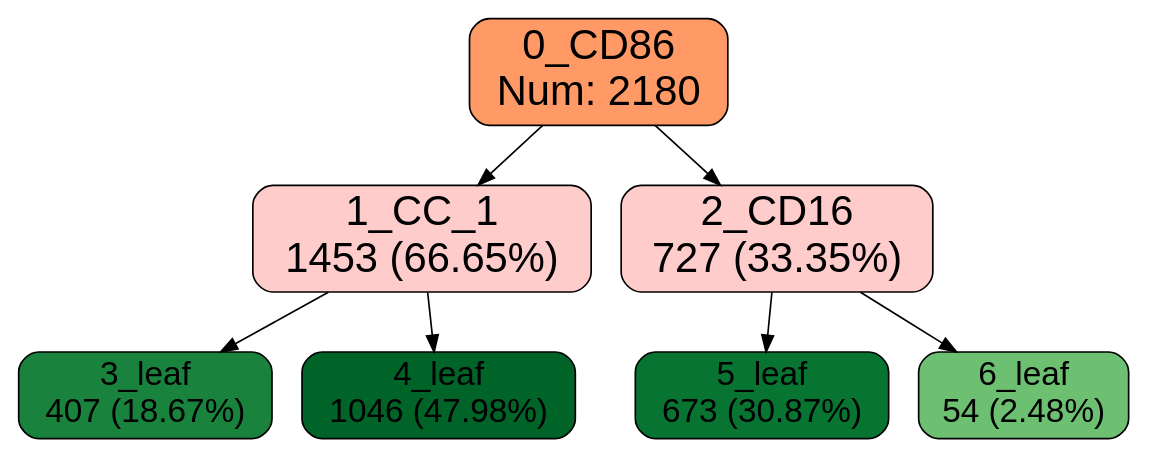
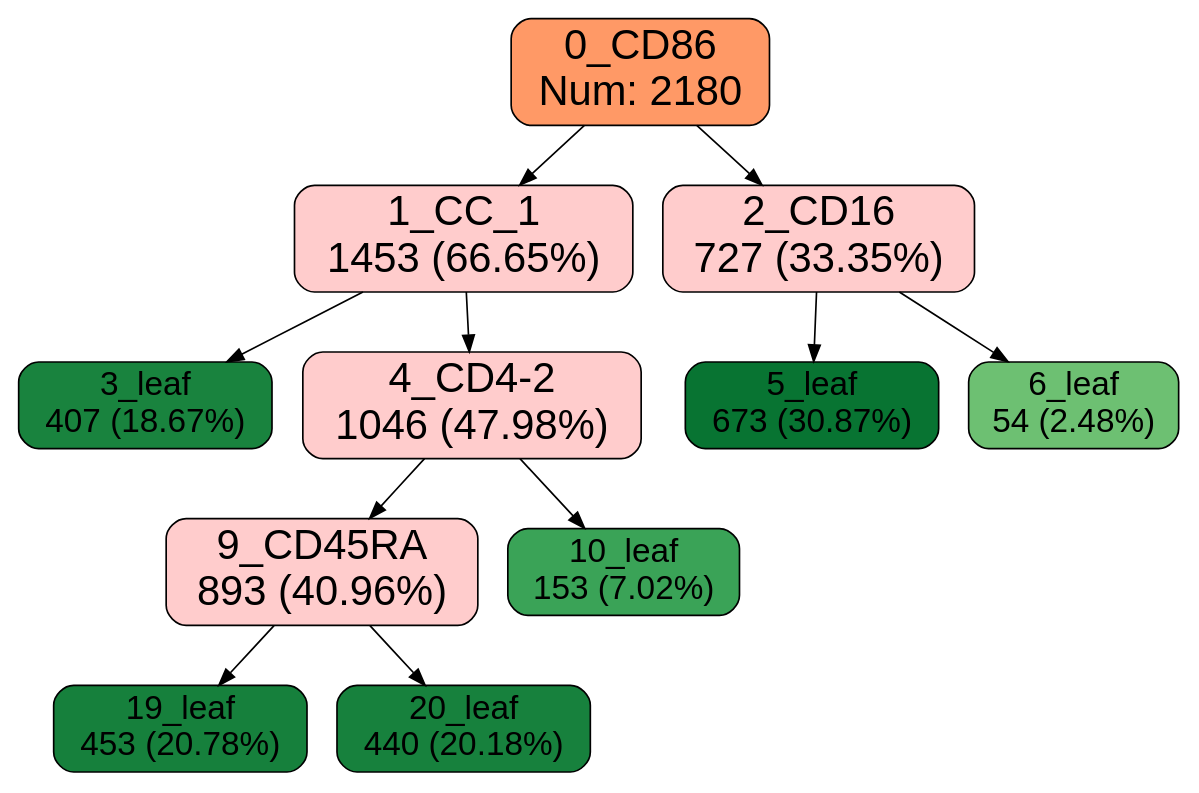
The diagram in outputs/example/2/2/tree.dot (xinzhu-email/CITE-pool), drawn with Graphviz before and after one commit. The commit also changed 23 other files, not shown here.

```diff
--- a/outputs/example/2/2/tree.dot
+++ b/outputs/example/2/2/tree.dot
@@ -1,1 +1,1 @@
-digraph Tree {node [shape=box, style="filled, rounded", color="black", fontname=helvetica] ;edge [fontname=helvetica] ;0 [label="0_CD86\nNum: 2180",fillcolor="#ff9966ff",fontsize=25];1 [label="1_CC_1\n1453 (66.65%)\n",fillcolor="#ffccccff",fontsize=25];0 -> 1 [labeldistance=3, label = "",fontsize=25, color=black, style=solid];2 [label="2_CD16\n727 (33.35%)\n",fillcolor="#ffccccff",fontsize=25];0 -> 2 [labeldistance=3, label = "",fontsize=25, color=black, style=solid];3 [label="3_leaf\n407 (18.67%)\n",fillcolor="#19833e",fontsize=20];1 -> 3 [labeldistance=3, label = "",fontsize=25, color=black, style=solid];4 [label="4_leaf\n1046 (47.98%)\n",fillcolor="#006328",fontsize=20];1 -> 4 [labeldistance=3, label = "",fontsize=25, color=black, style=solid];5 [label="5_leaf\n673 (30.87%)\n",fillcolor="#087432",fontsize=20];2 -> 5 [labeldistance=3, label = "",fontsize=25, color=black, style=solid];6 [label="6_leaf\n54 (2.48%)\n",fillcolor="#6dc072",fontsize=20];2 -> 6 [labeldistance=3, label = "",fontsize=25, color=black, style=solid];}
+digraph Tree {node [shape=box, style="filled, rounded", color="black", fontname=helvetica] ;edge [fontname=helvetica] ;0 [label="0_CD86\nNum: 2180",fillcolor="#ff9966ff",fontsize=25];1 [label="1_CC_1\n1453 (66.65%)\n",fillcolor="#ffccccff",fontsize=25];0 -> 1 [labeldistance=3, label = "",fontsize=25, color=black, style=solid];2 [label="2_CD16\n727 (33.35%)\n",fillcolor="#ffccccff",fontsize=25];0 -> 2 [labeldistance=3, label = "",fontsize=25, color=black, style=solid];3 [label="3_leaf\n407 (18.67%)\n",fillcolor="#19833e",fontsize=20];1 -> 3 [labeldistance=3, label = "",fontsize=25, color=black, style=solid];4 [label="4_CD4-2\n1046 (47.98%)\n",fillcolor="#ffccccff",fontsize=25];1 -> 4 [labeldistance=3, label = "",fontsize=25, color=black, style=solid];5 [label="5_leaf\n673 (30.87%)\n",fillcolor="#087432",fontsize=20];2 -> 5 [labeldistance=3, label = "",fontsize=25, color=black, style=solid];6 [label="6_leaf\n54 (2.48%)\n",fillcolor="#6dc072",fontsize=20];2 -> 6 [labeldistance=3, label = "",fontsize=25, color=black, style=solid];9 [label="9_CD45RA\n893 (40.96%)\n",fillcolor="#ffccccff",fontsize=25];4 -> 9 [labeldistance=3, label = "",fontsize=25, color=black, style=solid];10 [label="10_leaf\n153 (7.02%)\n",fillcolor="#3aa357",fontsize=20];4 -> 10 [labeldistance=3, label = "",fontsize=25, color=black, style=solid];19 [label="19_leaf\n453 (20.78%)\n",fillcolor="#16803c",fontsize=20];9 -> 19 [labeldistance=3, label = "",fontsize=25, color=black, style=solid];20 [label="20_leaf\n440 (20.18%)\n",fillcolor="#17813d",fontsize=20];9 -> 20 [labeldistance=3, label = "",fontsize=25, color=black, style=solid];}
```
